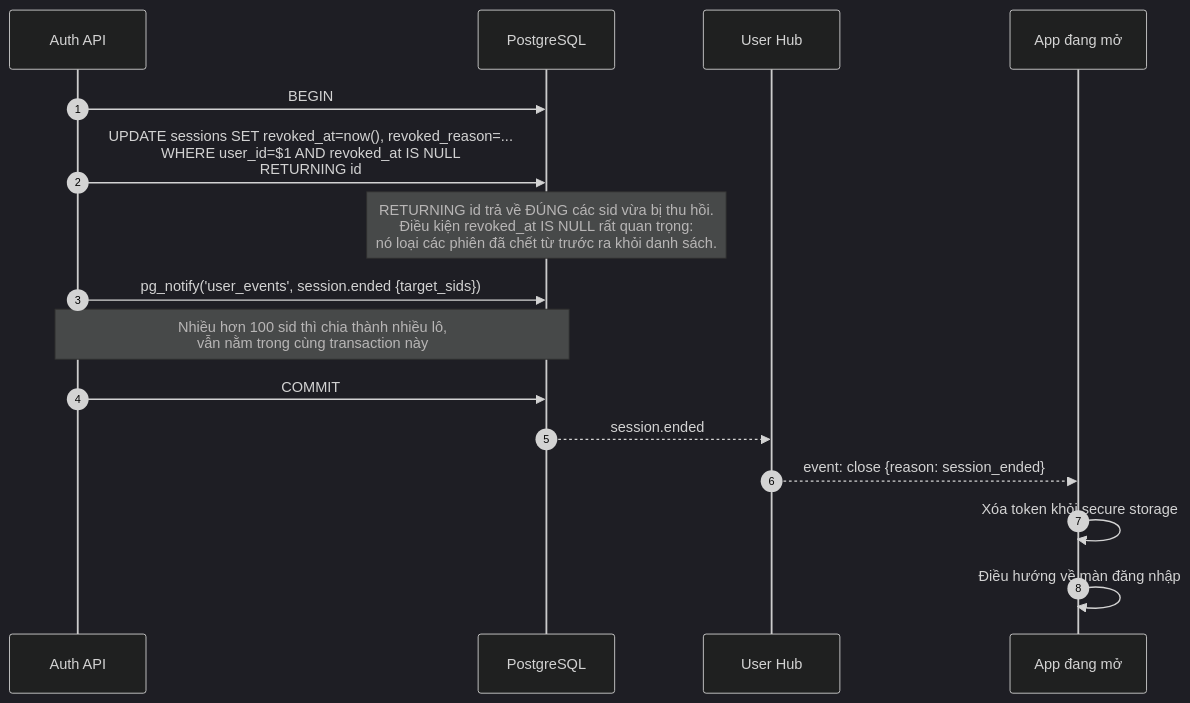
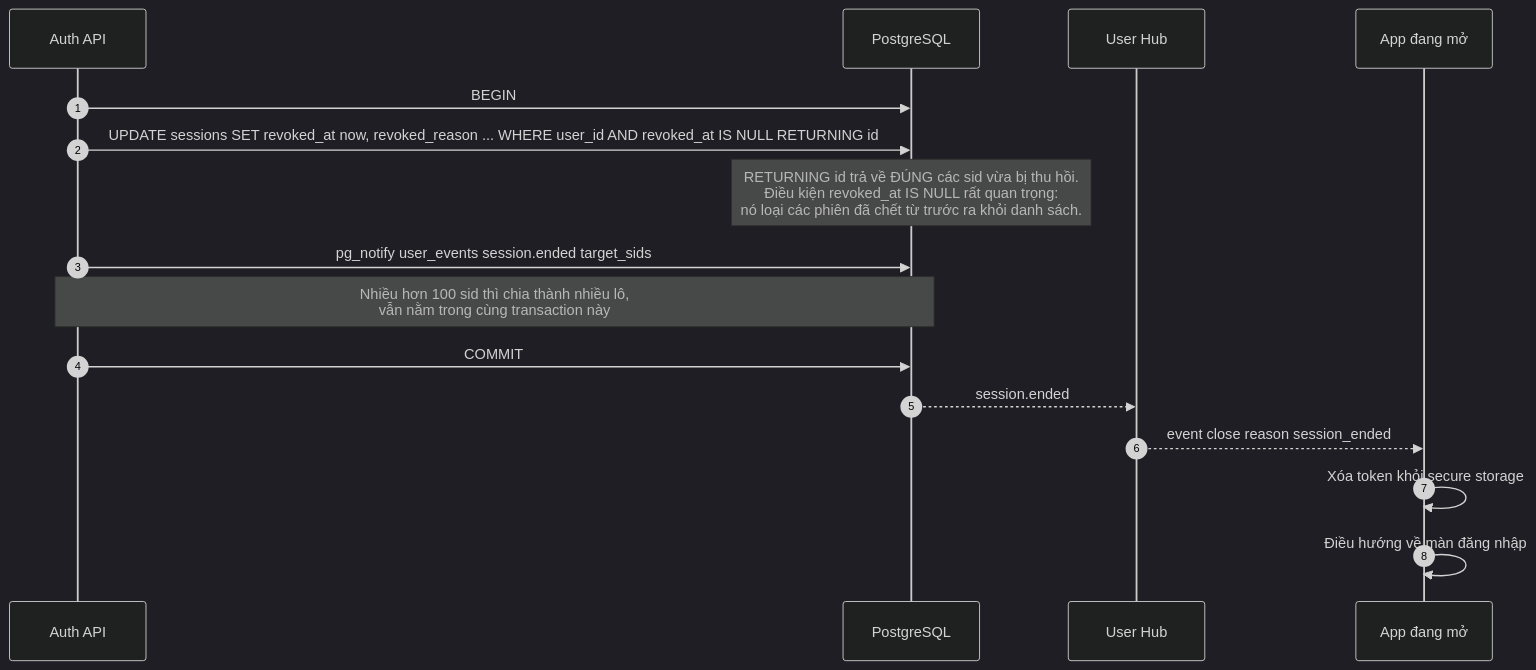
One commit to FintechVSF-Tranning/PaySplit-RP changed the fifth of 9 diagrams in flow/08-realtime.md. Above: the diagram before and after it, drawn with Mermaid (dark theme). The commit also changed other lines of this file and 7 other files, not shown here.

First line of the commit message:
Refactor notification flow and admin management documentation

````diff
--- a/flow/08-realtime.md
+++ b/flow/08-realtime.md
@@ -226,19 +260,19 @@
 ```mermaid
 sequenceDiagram
     autonumber
     participant API as Auth API
     participant PG as PostgreSQL
     participant Hub as User Hub
     participant FE as App đang mở
 
     API->>PG: BEGIN
-    API->>PG: UPDATE sessions SET revoked_at=now(), revoked_reason=...<br/>WHERE user_id=$1 AND revoked_at IS NULL<br/>RETURNING id
+    API->>PG: UPDATE sessions SET revoked_at now, revoked_reason ... WHERE user_id AND revoked_at IS NULL RETURNING id
     Note over PG: RETURNING id trả về ĐÚNG các sid vừa bị thu hồi.<br/>Điều kiện revoked_at IS NULL rất quan trọng:<br/>nó loại các phiên đã chết từ trước ra khỏi danh sách.
-    API->>PG: pg_notify('user_events', session.ended {target_sids})
+    API->>PG: pg_notify user_events session.ended target_sids
     Note over API,PG: Nhiều hơn 100 sid thì chia thành nhiều lô,<br/>vẫn nằm trong cùng transaction này
     API->>PG: COMMIT
     PG-->>Hub: session.ended
-    Hub-->>FE: event: close {reason: session_ended}
+    Hub-->>FE: event close reason session_ended
     FE->>FE: Xóa token khỏi secure storage
     FE->>FE: Điều hướng về màn đăng nhập
 ```
````
